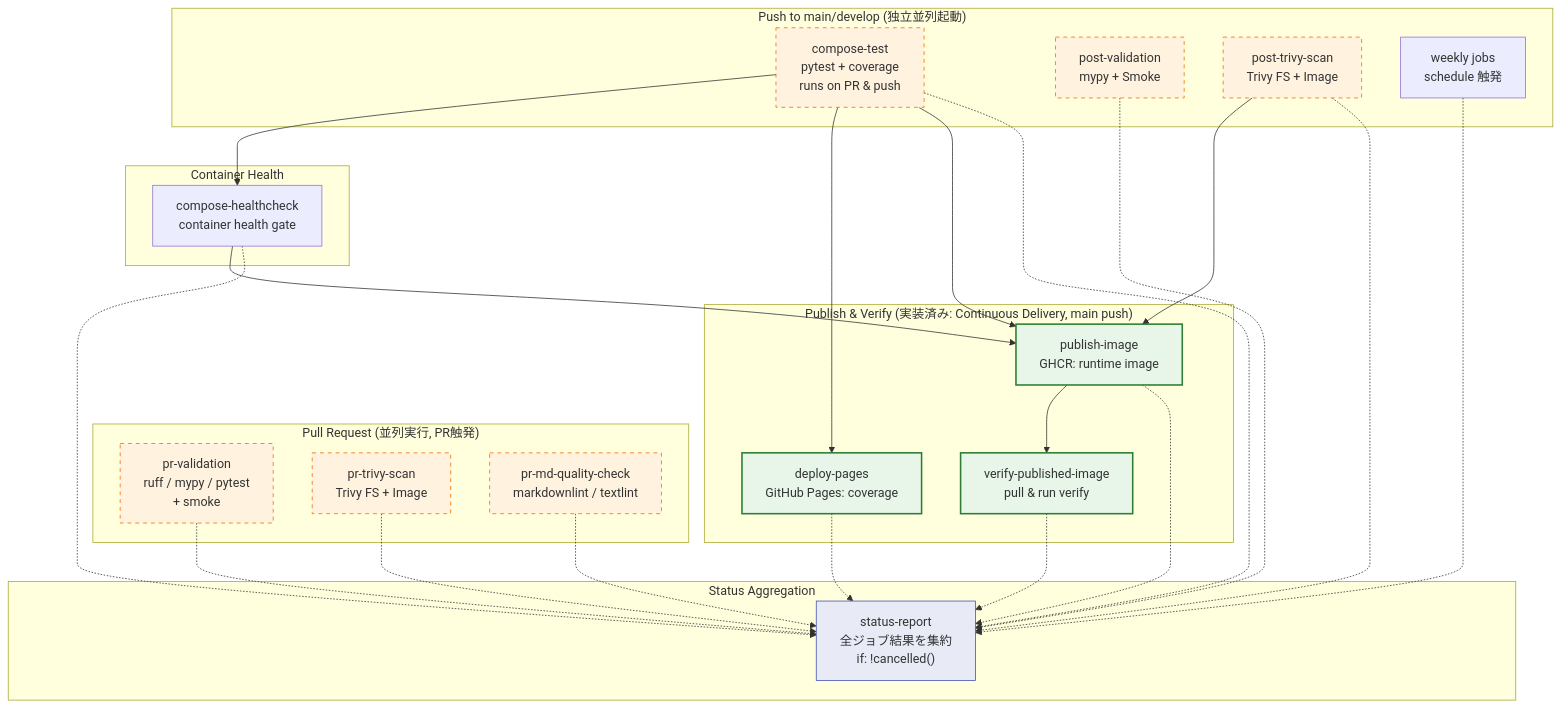
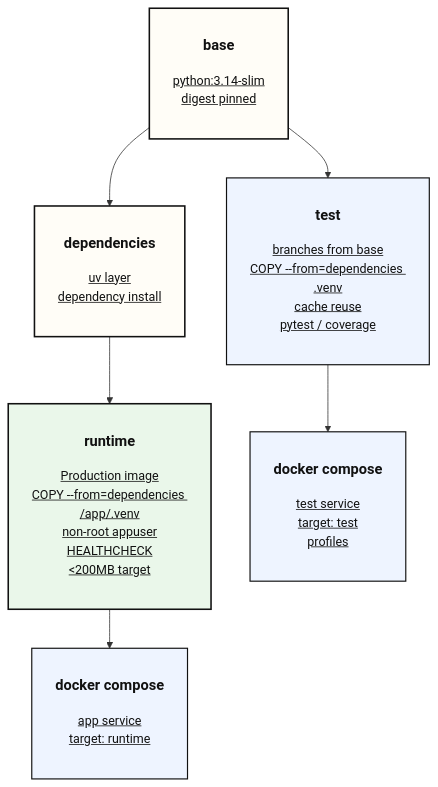
One commit to yaoki-dev/api-test-devops-portfolio changed the fourth of 4 diagrams in README.md. Above: the diagram before and after it, drawn with Mermaid. The commit also changed other lines of this file and 6 other files, not shown here.

````diff
--- a/README.md
+++ b/README.md
@@ -132,55 +203,29 @@
 ```mermaid
-graph TB
-    subgraph "Pull Request (並列実行, PR触発)"
-        PV[pr-validation<br/>ruff / mypy / pytest<br/>+ smoke]
-        PTS[pr-trivy-scan<br/>Trivy FS + Image]
-        PMQ[pr-md-quality-check<br/>markdownlint / textlint]
-    end
+flowchart TD
+    B["<h3>base</h3><u>python:3.14-slim<br/>digest pinned</u>
+    <br/>"]
 
-    subgraph "Push to main/develop (独立並列起動)"
-        CTEST[compose-test<br/>pytest + coverage<br/>runs on PR & push]
-        PVAL[post-validation<br/>mypy + Smoke]
-        PTRIVY[post-trivy-scan<br/>Trivy FS + Image]
-        WEEKLY[weekly jobs<br/>schedule 触発]
-    end
+    B --> D["<h3>dependencies</h3><u>uv layer<br/>dependency install</u>
+    <br/>"]
 
-    subgraph "Container Health"
-        CHEALTH["compose-healthcheck<br/>container health gate"]
-    end
+    D --> R["<h3>runtime</h3><u>Production image<br/>COPY --from=dependencies /app/.venv<br/>non-root appuser<br/>HEALTHCHECK<br/>&lt;200MB target</u>
+    <br/>"]
 
-    subgraph "Publish & Verify (実装済み: Continuous Delivery, main push)"
-        DPAGES["deploy-pages<br/>GitHub Pages: coverage"]
-        PUBIMG["publish-image<br/>GHCR: runtime image"]
-        VERIFY["verify-published-image<br/>pull & run verify"]
-    end
+    B --> T["<h3>test</h3><u>branches from base<br/>COPY --from=dependencies .venv<br/>cache reuse<br/>pytest / coverage</u>
+    <br/>"]
 
-    subgraph "Status Aggregation"
-        SR["status-report<br/>全ジョブ結果を集約<br/>if: !cancelled()"]
-    end
+    R --> C1["<h3>docker compose</h3><u>app service<br/>target: runtime</u>
+    <br/>"]
 
-    CTEST --> CHEALTH
-    CTEST --> DPAGES
-    CTEST --> PUBIMG
-    CHEALTH --> PUBIMG
-    PTRIVY --> PUBIMG
-    PUBIMG --> VERIFY
+    T --> C2["<h3>docker compose</h3><u>test service<br/>target: test<br/>profiles</u>
+    <br/>"]
 
-    PV -.-> SR
-    PTS -.-> SR
-    PMQ -.-> SR
-    PVAL -.-> SR
-    PTRIVY -.-> SR
-    WEEKLY -.-> SR
-    CTEST -.-> SR
-    CHEALTH -.-> SR
-    DPAGES -.-> SR
-    PUBIMG -.-> SR
-    VERIFY -.-> SR
+    classDef default fill:#F7F3EA,stroke:#111,stroke-width:1.5px,color:#111;
+    classDef key fill:#FFFDF7,stroke:#111,stroke-width:2px,color:#111;
+    classDef runtime fill:#EAF7EA,stroke:#111,stroke-width:2px,color:#111;
+    classDef support fill:#EEF4FF,stroke:#111,stroke-width:1.5px,color:#111;
 
-    classDef cd fill:#e8f5e9,stroke:#2e7d32,stroke-width:2px;
-    class DPAGES,PUBIMG,VERIFY cd;
-    classDef parallel fill:#fff3e0,stroke:#ef6c00,stroke-width:1px,stroke-dasharray: 5 5;
-    class PV,PTS,PMQ,CTEST,PVAL,PTRIVY parallel;
-    classDef trigger fill:#e8eaf6,stroke:#3f51b5,stroke-width:1px;
-    class SR trigger;
+    class B,D key;
+    class R runtime;
+    class T,C1,C2 support;
 ```
````
